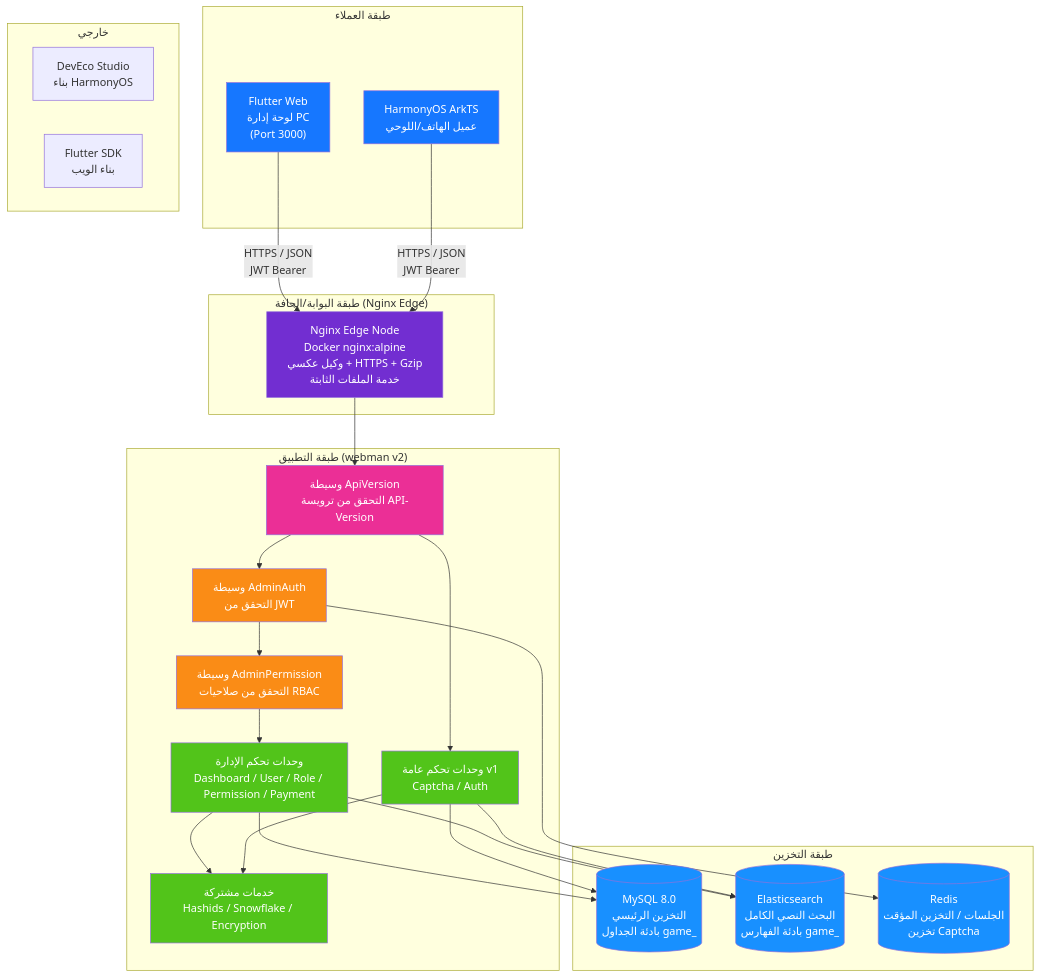
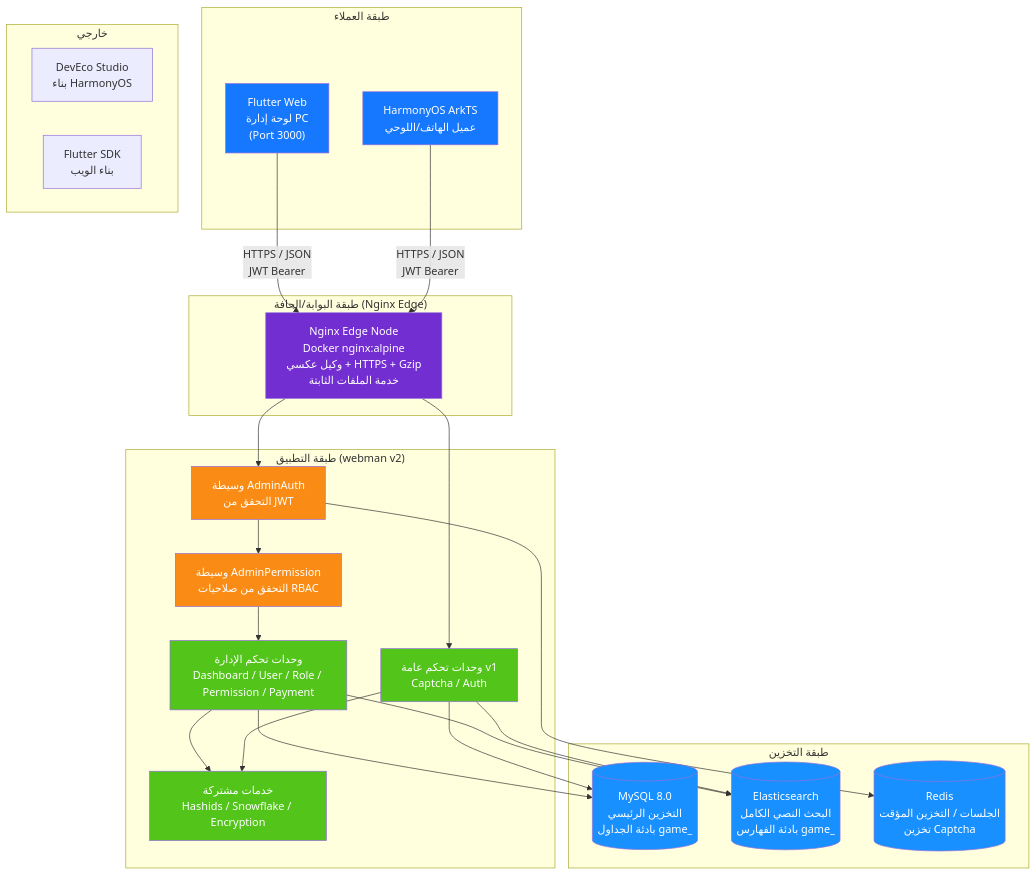
One commit to erikwang2013/game-platform-php changed the first of 14 diagrams in admin/docs/ARCHITECTURE.ar.md. Above: the diagram before and after it, drawn with Mermaid. The commit also changed other lines of this file and 93 other files, not shown here.

````diff
--- a/admin/docs/ARCHITECTURE.ar.md
+++ b/admin/docs/ARCHITECTURE.ar.md
@@ -15,59 +15,56 @@
 ```mermaid
 flowchart TB
     subgraph "طبقة العملاء"
         A1["Flutter Web<br/>لوحة إدارة PC<br/>(Port 3000)"]
         A2["HarmonyOS ArkTS<br/>عميل الهاتف/اللوحي"]
     end
 
     subgraph "طبقة البوابة/الحافة (Nginx Edge)"
         B1["Nginx Edge Node<br/>Docker nginx:alpine<br/>وكيل عكسي + HTTPS + Gzip<br/>خدمة الملفات الثابتة"]
     end
 
     subgraph "طبقة التطبيق (webman v2)"
-        C0["وسيطة ApiVersion<br/>التحقق من ترويسة API-Version"]
         C1["وسيطة AdminAuth<br/>التحقق من JWT"]
         C2["وسيطة AdminPermission<br/>التحقق من صلاحيات RBAC"]
         C3["وحدات تحكم الإدارة<br/>Dashboard / User / Role / Permission / Payment"]
         C4["وحدات تحكم عامة v1<br/>Captcha / Auth"]
         C5["خدمات مشتركة<br/>Hashids / Snowflake / Encryption"]
     end
 
     subgraph "طبقة التخزين"
         D1[("MySQL 8.0<br/>التخزين الرئيسي<br/>بادئة الجداول game_")]
         D2[("Elasticsearch<br/>البحث النصي الكامل<br/>بادئة الفهارس game_")]
         D3[("Redis<br/>الجلسات / التخزين المؤقت<br/>تخزين Captcha")]
     end
 
     subgraph "خارجي"
         E1["DevEco Studio<br/>بناء HarmonyOS"]
         E2["Flutter SDK<br/>بناء الويب"]
     end
 
     A1 -->|"HTTPS / JSON<br/>JWT Bearer"| B1
     A2 -->|"HTTPS / JSON<br/>JWT Bearer"| B1
-    B1 --> C0
-    C0 --> C1
+    B1 --> C1
     C1 --> C2
     C2 --> C3
-    C0 --> C4
+    B1 --> C4
     C3 --> C5
     C4 --> C5
     C3 --> D1
     C4 --> D1
     C3 --> D2
     C4 --> D2
     C1 --> D3
 
     style A1 fill:#1677FF,color:#fff
     style A2 fill:#1677FF,color:#fff
     style B1 fill:#722ED1,color:#fff
-    style C0 fill:#EB2F96,color:#fff
     style C1 fill:#FA8C16,color:#fff
     style C2 fill:#FA8C16,color:#fff
     style C3 fill:#52C41A,color:#fff
     style C4 fill:#52C41A,color:#fff
     style C5 fill:#52C41A,color:#fff
     style D1 fill:#1890FF,color:#fff
     style D2 fill:#1890FF,color:#fff
     style D3 fill:#1890FF,color:#fff
 ```
````
